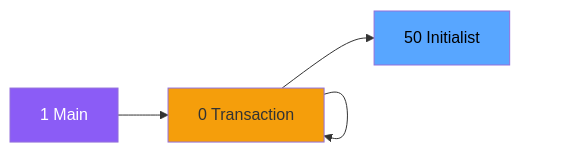
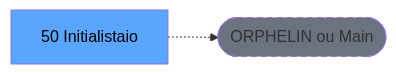
Before and after one commit to thonyAGP/lecteur-magic: the second of 3 diagrams in .openspec/renders/ADH-IDE-50.md, drawn with Mermaid. The commit also changed other lines of this file and 701 other files, not shown here.

````diff
--- a/.openspec/renders/ADH-IDE-50.md
+++ b/.openspec/renders/ADH-IDE-50.md
@@ -110,23 +117,8 @@
 ```mermaid
 graph LR
-    M[1 Main]
-    N0[0 Histo ventes]
-    N0[0 Histo ventes]
-    N0[0 Histo ventes]
-    N0[0 Print extrai]
-    N0[0 Transaction ]
-    T[50   Initialist]
-    M --> N0
-    N0 --> N0
-    N0 --> N0
-    N0 --> N0
-    N0 --> N0
-    N0 --> T
-    style M fill:#8b5cf6,color:#fff
-    style N0 fill:#f59e0b
-    style N0 fill:#f59e0b
-    style N0 fill:#f59e0b
-    style N0 fill:#f59e0b
-    style N0 fill:#f59e0b
+    T[50   Initialistaio]
+    ORPHAN([ORPHELIN ou Main])
+    T -.-> ORPHAN
     style T fill:#58a6ff,color:#000
+    style ORPHAN fill:#6b7280,stroke-dasharray: 5 5
 ```
````
